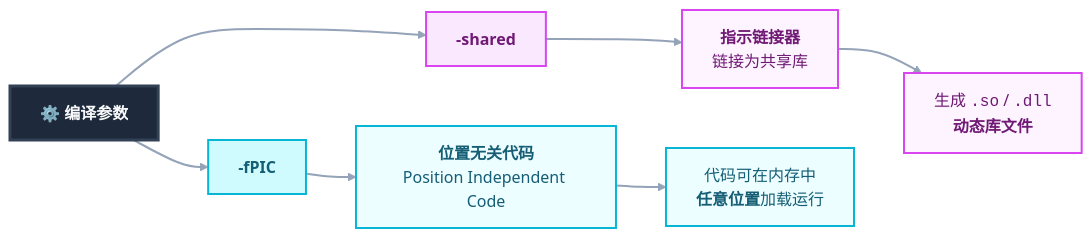
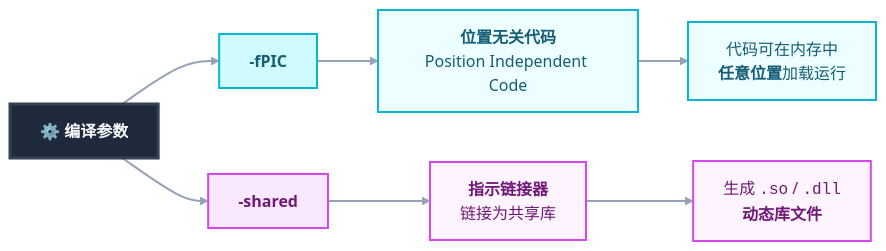
The fourth of 6 diagrams in _posts/c_c++/library/2023-02-28-dynamic library.md (dmjcb/dmjcb.github.io), drawn with Mermaid before and after one commit. The commit also changed other lines of this file and 10 other files, not shown here.

````diff
--- a/_posts/c_c++/library/2023-02-28-dynamic library.md
+++ b/_posts/c_c++/library/2023-02-28-dynamic library.md
@@ -160,36 +160,33 @@
 ```mermaid
 flowchart LR
     %% 样式定义 (双色分支体系)
     classDef cmdNode fill:#1e293b,stroke:#334155,stroke-width:3px,color:#f8fafc,font-weight:bold,font-size:16px;
     
     classDef picNode fill:#ecfeff,stroke:#06b6d4,stroke-width:2px,color:#155e75;
     classDef picTitle fill:#cffafe,stroke:#06b6d4,stroke-width:2px,color:#155e75,font-weight:bold;
     
     classDef sharedNode fill:#fdf4ff,stroke:#d946ef,stroke-width:2px,color:#701a75;
     classDef sharedTitle fill:#fae8ff,stroke:#d946ef,stroke-width:2px,color:#701a75,font-weight:bold;
 
     %% 起点节点
     Cmd["⚙️ <b>编译参数</b>"]:::cmdNode
 
     %% 分支 1：-fPIC (青色系)
     P1["<b>-fPIC</b>"]:::picTitle
     P2["<b>位置无关代码</b><br>Position Independent Code"]:::picNode
     P3["代码可在内存中<br><b>任意位置</b>加载运行"]:::picNode
 
     %% 分支 2：-shared (紫粉色系)
     S1["<b>-shared</b>"]:::sharedTitle
     S2["<b>指示链接器</b><br>链接为共享库"]:::sharedNode
     S3["生成 <code>.so</code> / <code>.dll</code><br><b>动态库文件</b>"]:::sharedNode
 
     %% 连线关系
     Cmd ==> P1 ==> P2 ==> P3
     Cmd ==> S1 ==> S2 ==> S3
 
     %% 强制垂直网格对齐 (核心技巧)
-    P1 ~~~ S1
-    P2 ~~~ S2
-    P3 ~~~ S3
 
     %% 连线样式统一
     linkStyle 0,1,2,3,4,5 stroke:#94a3b8,stroke-width:2px;
 ```
````
